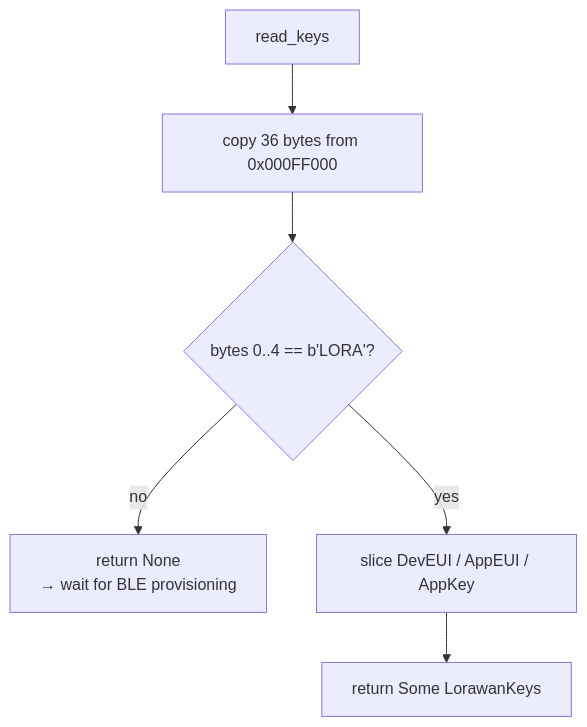
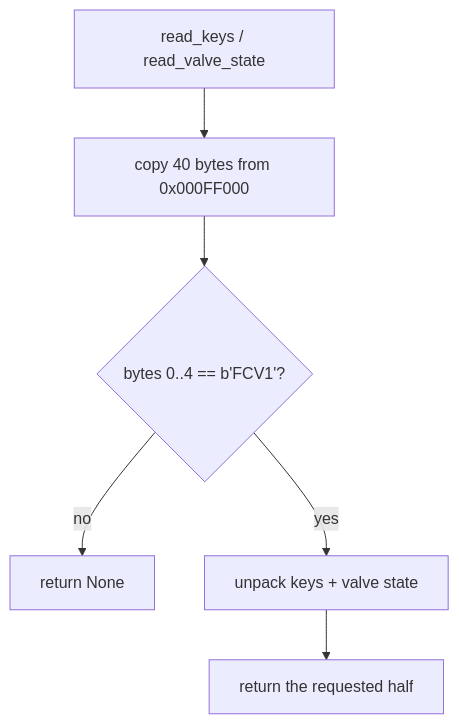
The first of 2 diagrams in docs/flash-storage.md (ponix-dev/flow_controller), drawn with Mermaid before and after one commit. The commit also changed other lines of this file and 5 other files, not shown here.

````diff
--- a/docs/flash-storage.md
+++ b/docs/flash-storage.md
@@ -44,8 +57,8 @@
 ```mermaid
 flowchart TD
-    A[read_keys] --> B[copy 36 bytes from 0x000FF000]
-    B --> C{bytes 0..4 == b'LORA'?}
-    C -->|no| D[return None<br/>→ wait for BLE provisioning]
-    C -->|yes| E[slice DevEUI / AppEUI / AppKey]
-    E --> F[return Some LorawanKeys]
+    A[read_keys / read_valve_state] --> B[copy 40 bytes from 0x000FF000]
+    B --> C{bytes 0..4 == b'FCV1'?}
+    C -->|no| D[return None]
+    C -->|yes| E[unpack keys + valve state]
+    E --> F[return the requested half]
 ```
````
